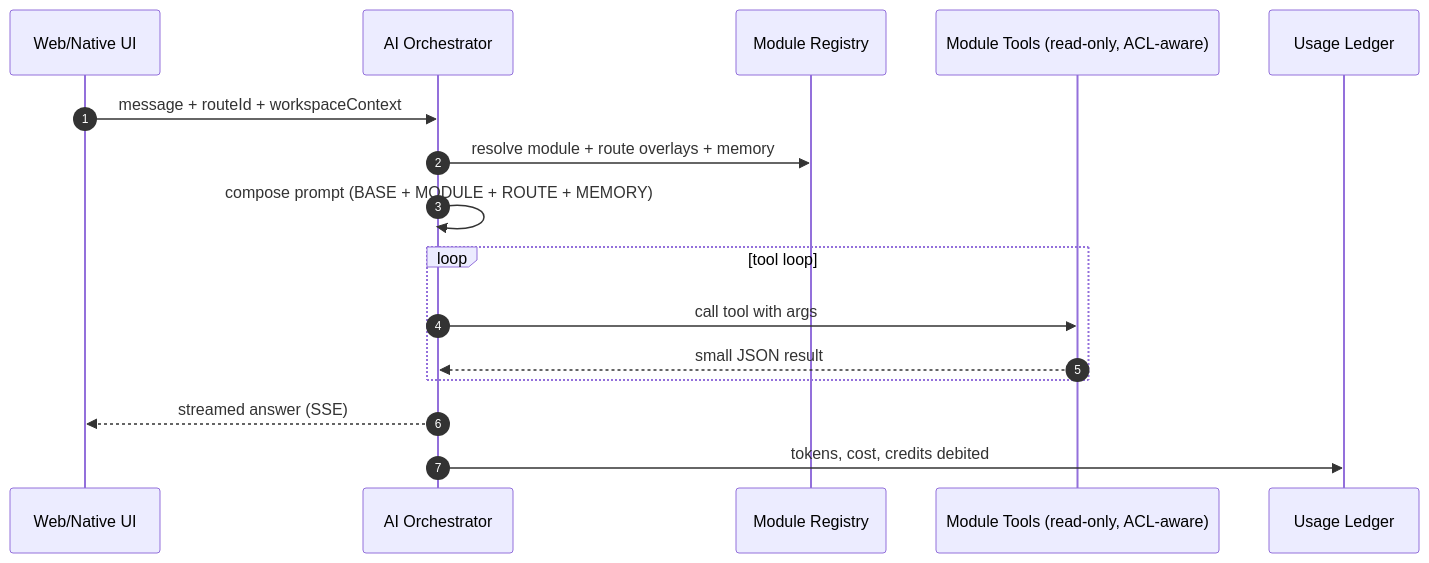
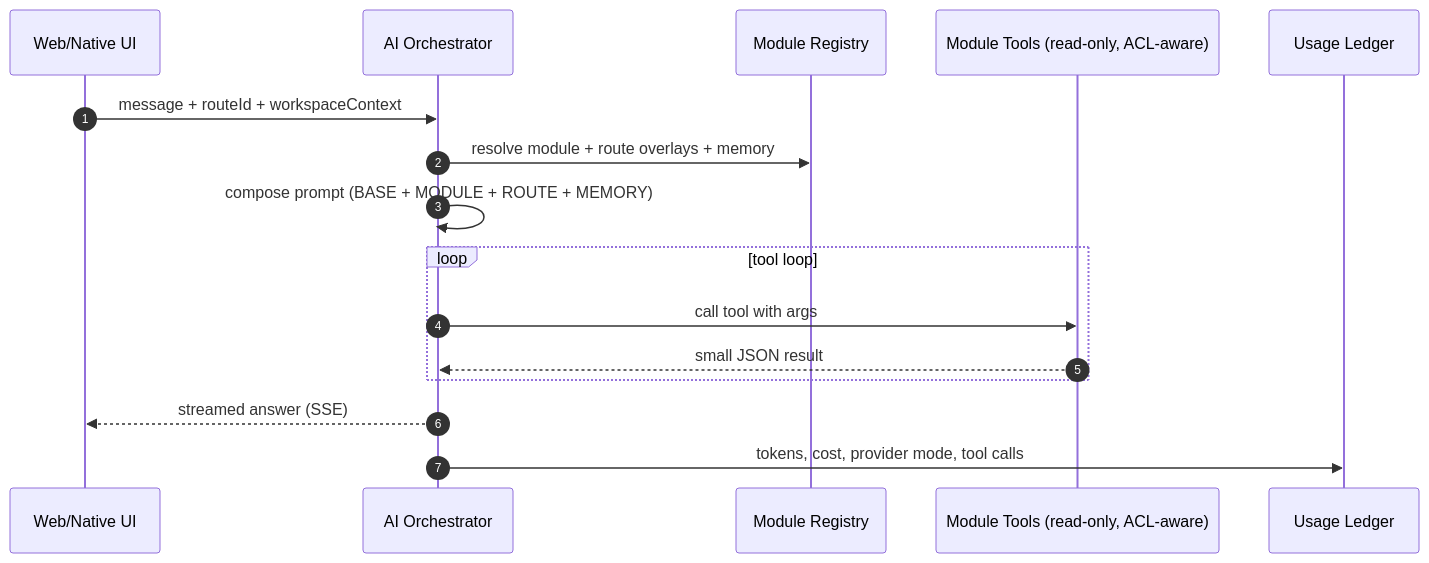
One commit to umbraculum-dev/umbraculum-dev changed the second of 2 diagrams in docs/PLATFORM-ARCHITECTURE.md. Above: the diagram before and after it, drawn with Mermaid. The commit also changed other lines of this file and 5 other files, not shown here.

````diff
--- a/docs/PLATFORM-ARCHITECTURE.md
+++ b/docs/PLATFORM-ARCHITECTURE.md
@@ -427,18 +431,18 @@
 ```mermaid
 sequenceDiagram
   autonumber
   participant UI as Web/Native UI
   participant Orch as AI Orchestrator
   participant Reg as Module Registry
   participant Tools as Module Tools (read-only, ACL-aware)
   participant Ledger as Usage Ledger
   UI->>Orch: message + routeId + workspaceContext
   Orch->>Reg: resolve module + route overlays + memory
   Orch->>Orch: compose prompt (BASE + MODULE + ROUTE + MEMORY)
   loop tool loop
     Orch->>Tools: call tool with args
     Tools-->>Orch: small JSON result
   end
   Orch-->>UI: streamed answer (SSE)
-  Orch->>Ledger: tokens, cost, credits debited
+  Orch->>Ledger: tokens, cost, provider mode, tool calls
 ```
````
